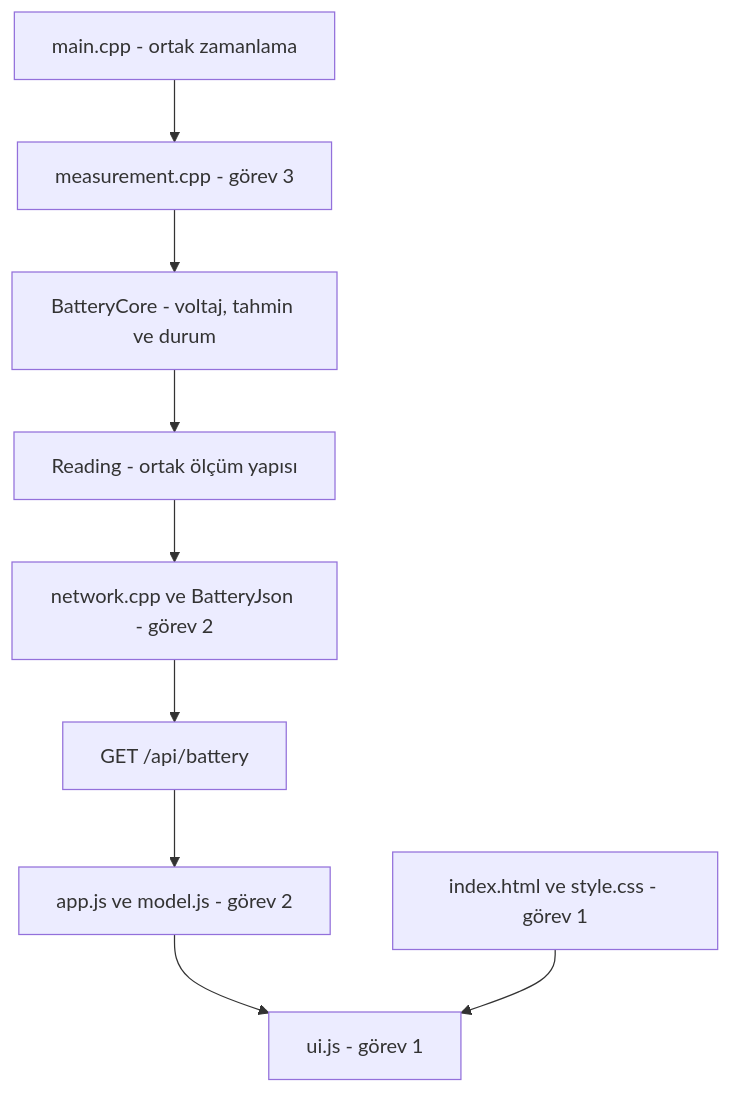
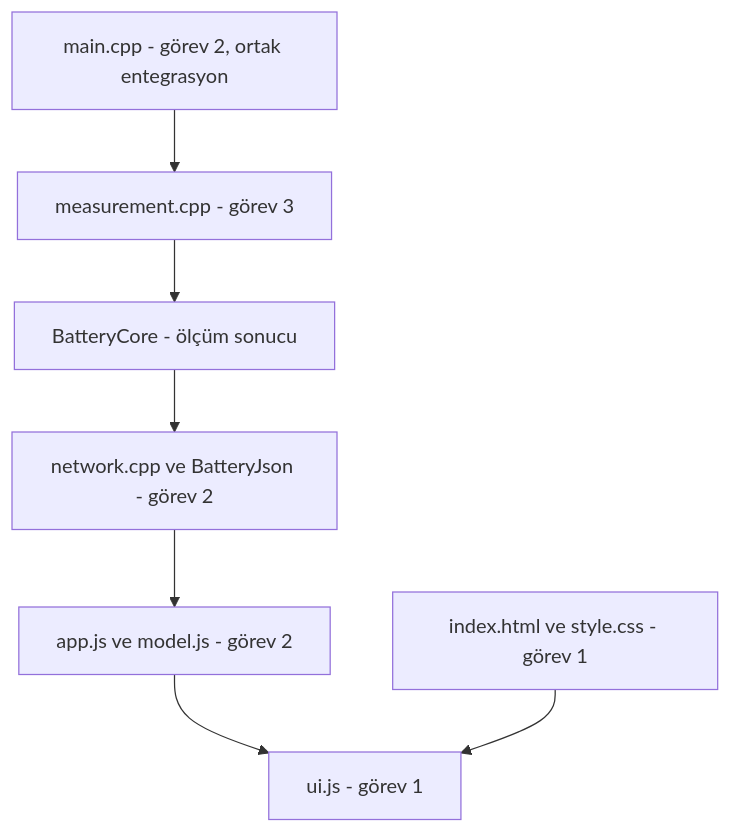
Before and after one commit to yusa447/battery-monitor: the diagram in README.md, drawn with Mermaid. The commit also changed other lines of this file and 37 other files, not shown here.

````diff
--- a/README.md
+++ b/README.md
@@ -26,11 +25,9 @@
 ```mermaid
 flowchart TD
-  M["main.cpp - ortak zamanlama"] --> O["measurement.cpp - görev 3"]
-  O --> C["BatteryCore - voltaj, tahmin ve durum"]
-  C --> R["Reading - ortak ölçüm yapısı"]
-  R --> N["network.cpp ve BatteryJson - görev 2"]
-  N --> H["GET /api/battery"]
-  H --> A["app.js ve model.js - görev 2"]
-  A --> U["ui.js - görev 1"]
-  I["index.html ve style.css - görev 1"] --> U
+ M["main.cpp - görev 2, ortak entegrasyon"] --> O["measurement.cpp - görev 3"]
+ O --> C["BatteryCore - ölçüm sonucu"]
+ C --> N["network.cpp ve BatteryJson - görev 2"]
+ N --> A["app.js ve model.js - görev 2"]
+ A --> U["ui.js - görev 1"]
+ I["index.html ve style.css - görev 1"] --> U
 ```
````
